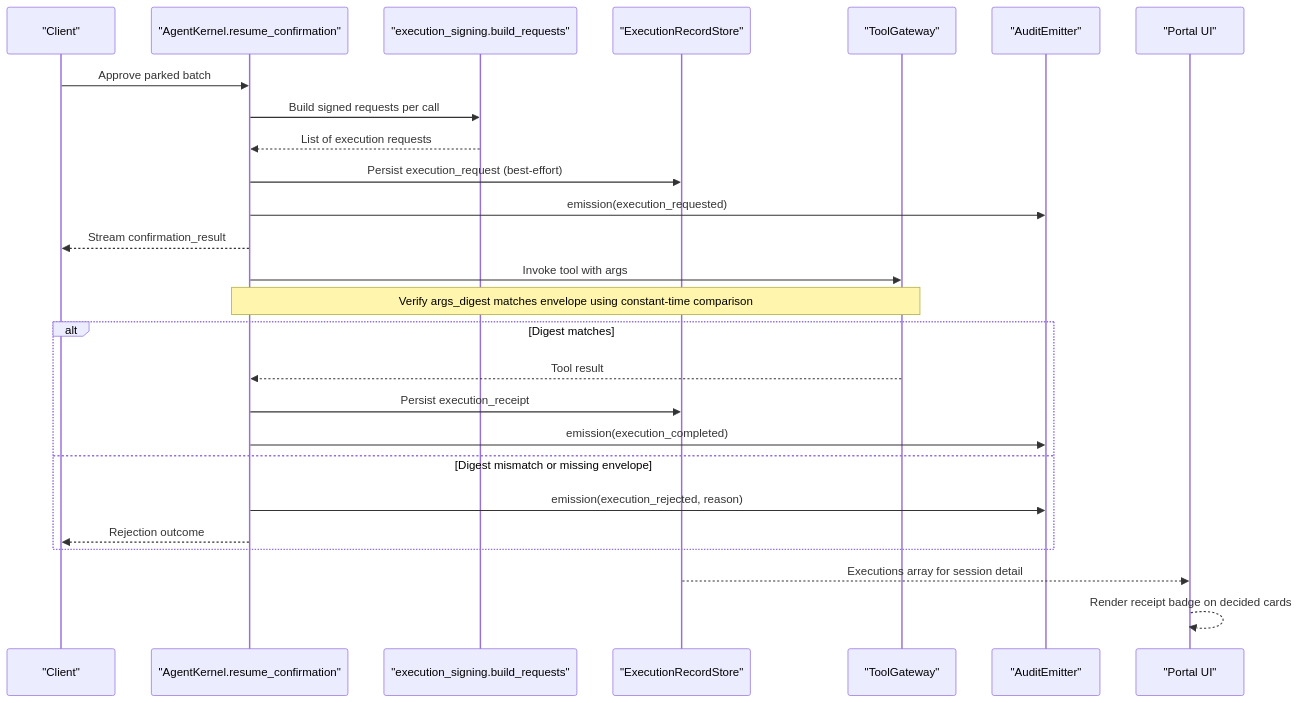
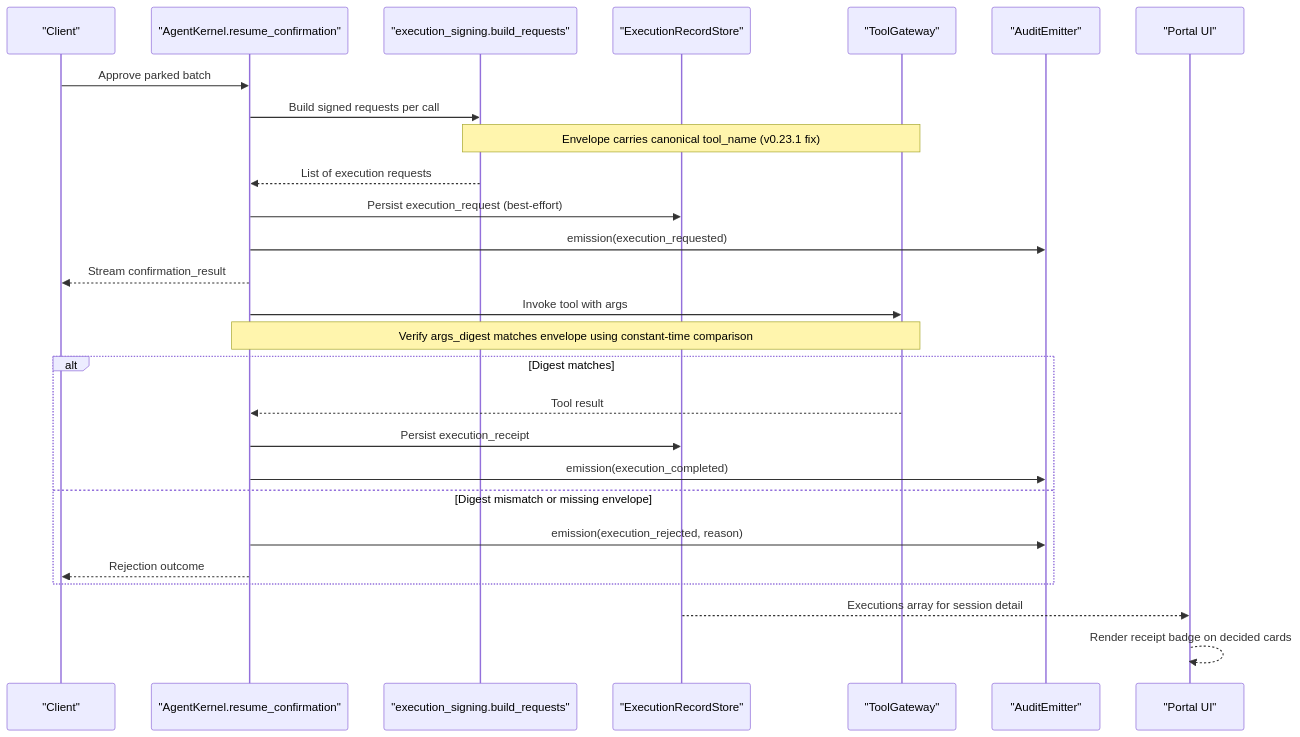
One commit to metasync/luban-aiops changed the second of 9 diagrams in .qoder/repowiki/en/content/Architecture Documentation/SPEC-037_ Signed Execution Requests and Receipts.md. Above: the diagram before and after it, drawn with Mermaid. The commit also changed other lines of this file and 169 other files, not shown here.

````diff
--- a/.qoder/repowiki/en/content/Architecture Documentation/SPEC-037_ Signed Execution Requests and Receipts.md
+++ b/.qoder/repowiki/en/content/Architecture Documentation/SPEC-037_ Signed Execution Requests and Receipts.md
@@ -132,28 +138,29 @@
 ```mermaid
 sequenceDiagram
 participant Client as "Client"
 participant Kernel as "AgentKernel.resume_confirmation"
 participant Signing as "execution_signing.build_requests"
 participant Store as "ExecutionRecordStore"
 participant Gateway as "ToolGateway"
 participant Audit as "AuditEmitter"
 participant Portal as "Portal UI"
 Client->>Kernel : Approve parked batch
 Kernel->>Signing : Build signed requests per call
+Note over Signing,Gateway : Envelope carries canonical tool_name (v0.23.1 fix)
 Signing-->>Kernel : List of execution requests
 Kernel->>Store : Persist execution_request (best-effort)
 Kernel->>Audit : emission(execution_requested)
 Kernel-->>Client : Stream confirmation_result
 Kernel->>Gateway : Invoke tool with args
 Note over Kernel,Gateway : Verify args_digest matches envelope using constant-time comparison
 alt Digest matches
 Gateway-->>Kernel : Tool result
 Kernel->>Store : Persist execution_receipt
 Kernel->>Audit : emission(execution_completed)
 else Digest mismatch or missing envelope
 Kernel->>Audit : emission(execution_rejected, reason)
 Kernel-->>Client : Rejection outcome
 end
 Store-->>Portal : Executions array for session detail
 Portal-->>Portal : Render receipt badge on decided cards
 ```
````
